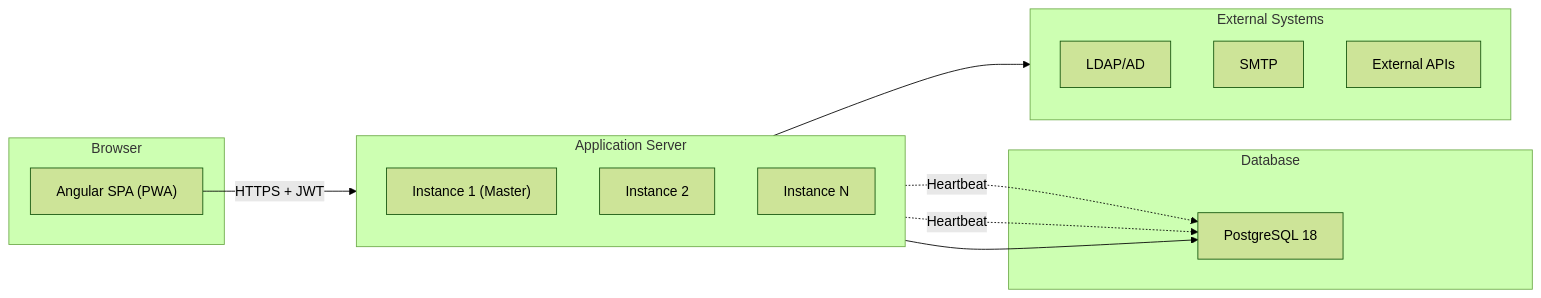
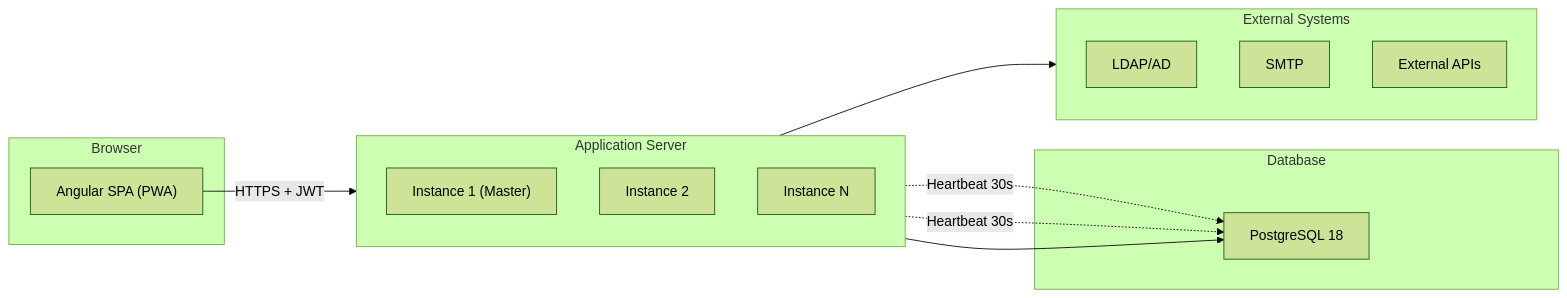
The second of 5 diagrams in .kiro/specs/template-app/design.md (ijgomez/template), drawn with Mermaid (forest theme) before and after one commit. The commit also changed other lines of this file and 2 other files, not shown here.

````diff
--- a/.kiro/specs/template-app/design.md
+++ b/.kiro/specs/template-app/design.md
@@ -92,29 +97,29 @@
 ```mermaid
 flowchart LR
     subgraph Client["Browser"]
         Angular["Angular SPA (PWA)"]
     end
     
     subgraph Server["Application Server"]
         direction TB
         Node1["Instance 1 (Master)"]
         Node2["Instance 2"]
         Node3["Instance N"]
     end
     
     subgraph DB["Database"]
         PG["PostgreSQL 18"]
     end
     
     subgraph External["External Systems"]
         LDAP["LDAP/AD"]
         SMTP["SMTP"]
         ExtAPI["External APIs"]
     end
     
     Angular -->|HTTPS + JWT| Server
     Server --> PG
     Server --> External
-    Node1 -.->|Heartbeat| PG
-    Node2 -.->|Heartbeat| PG
+    Node1 -.->|Heartbeat 30s| PG
+    Node2 -.->|Heartbeat 30s| PG
 ```
````
